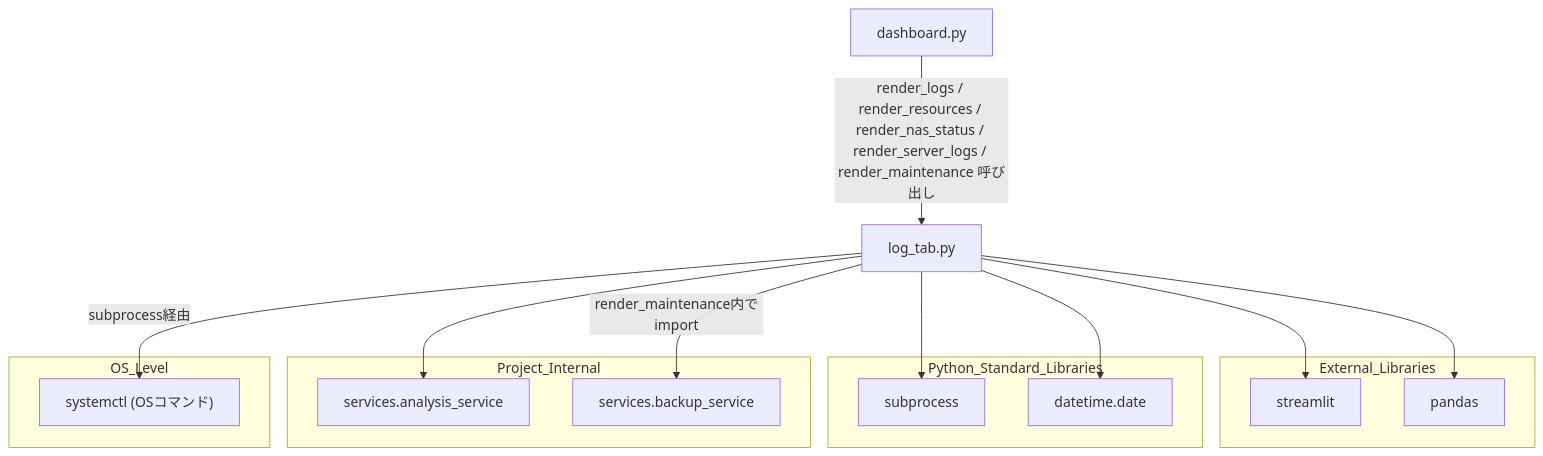
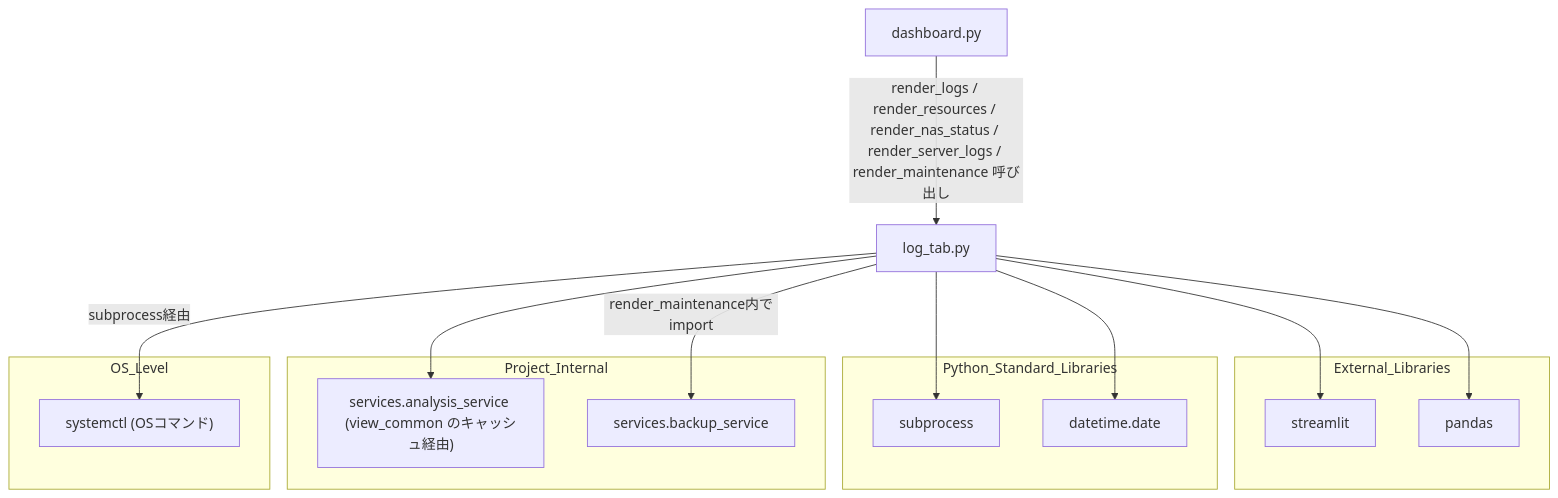
The second of 2 diagrams in docs/specifications/MY_HOME_SYSTEM/log_tab.md (mmtigers/my_python_project), drawn with Mermaid before and after one commit. The commit also changed other lines of this file and 37 other files, not shown here.

````diff
--- a/docs/specifications/MY_HOME_SYSTEM/log_tab.md
+++ b/docs/specifications/MY_HOME_SYSTEM/log_tab.md
@@ -239,33 +240,33 @@
 ```mermaid
 graph TD
     LogTabPy["log_tab.py"]
 
     subgraph External_Libraries
         Streamlit["streamlit"]
         Pandas["pandas"]
     end
 
     subgraph Python_Standard_Libraries
         Subprocess["subprocess"]
         DatetimeDate["datetime.date"]
     end
 
     subgraph Project_Internal
-        AnalysisService["services.analysis_service"]
+        AnalysisService["services.analysis_service (view_common のキャッシュ経由)"]
         BackupService["services.backup_service"]
     end
 
     subgraph OS_Level
         Systemctl["systemctl (OSコマンド)"]
     end
 
     LogTabPy --> Streamlit
     LogTabPy --> Pandas
     LogTabPy --> Subprocess
     LogTabPy --> DatetimeDate
     LogTabPy --> AnalysisService
     LogTabPy -->|render_maintenance内でimport| BackupService
     LogTabPy -->|subprocess経由| Systemctl
 
     Dashboard["dashboard.py"] -->|render_logs / render_resources / render_nas_status / render_server_logs / render_maintenance 呼び出し| LogTabPy
 ```
````
